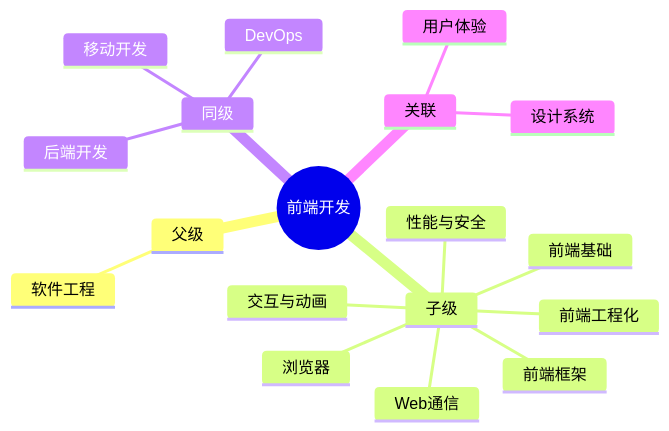
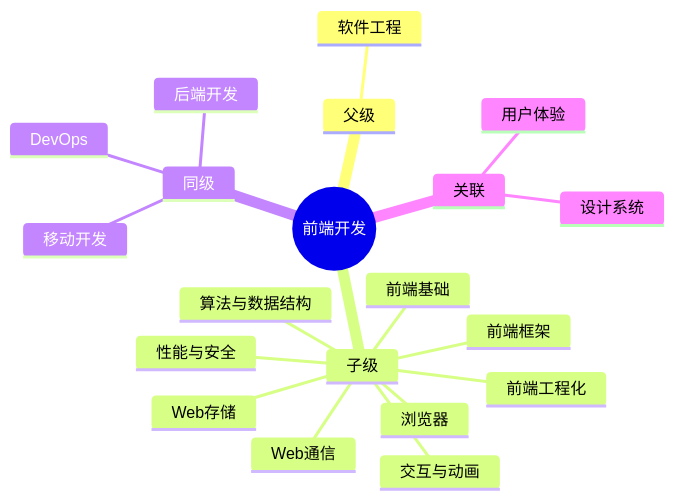
The diagram in content/20-AREAS/A-前端/前端开发.md (pedyc/dg.pedyc), drawn with Mermaid before and after one commit. The commit also changed other lines of this file and 1023 other files, not shown here.

````diff
--- a/content/20-AREAS/A-前端/前端开发.md
+++ b/content/20-AREAS/A-前端/前端开发.md
@@ -21,21 +22,23 @@
 ```mermaid
 mindmap
     root((前端开发))
         父级
             软件工程
         子级
             前端基础
             浏览器
             Web通信
             前端框架
             前端工程化
+            Web存储
             交互与动画
             性能与安全
+            算法与数据结构
         同级
             后端开发
             移动开发
             DevOps
         关联
             设计系统
             用户体验
 ```
````
